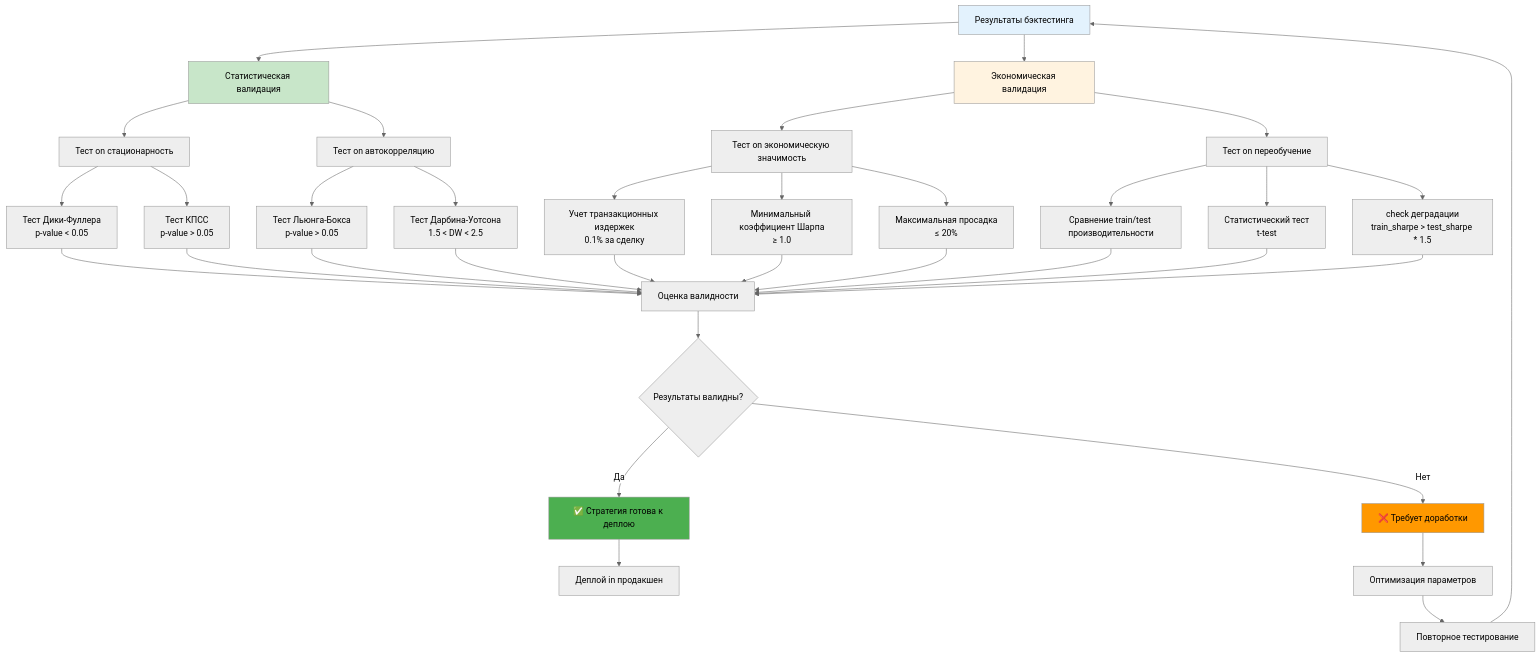
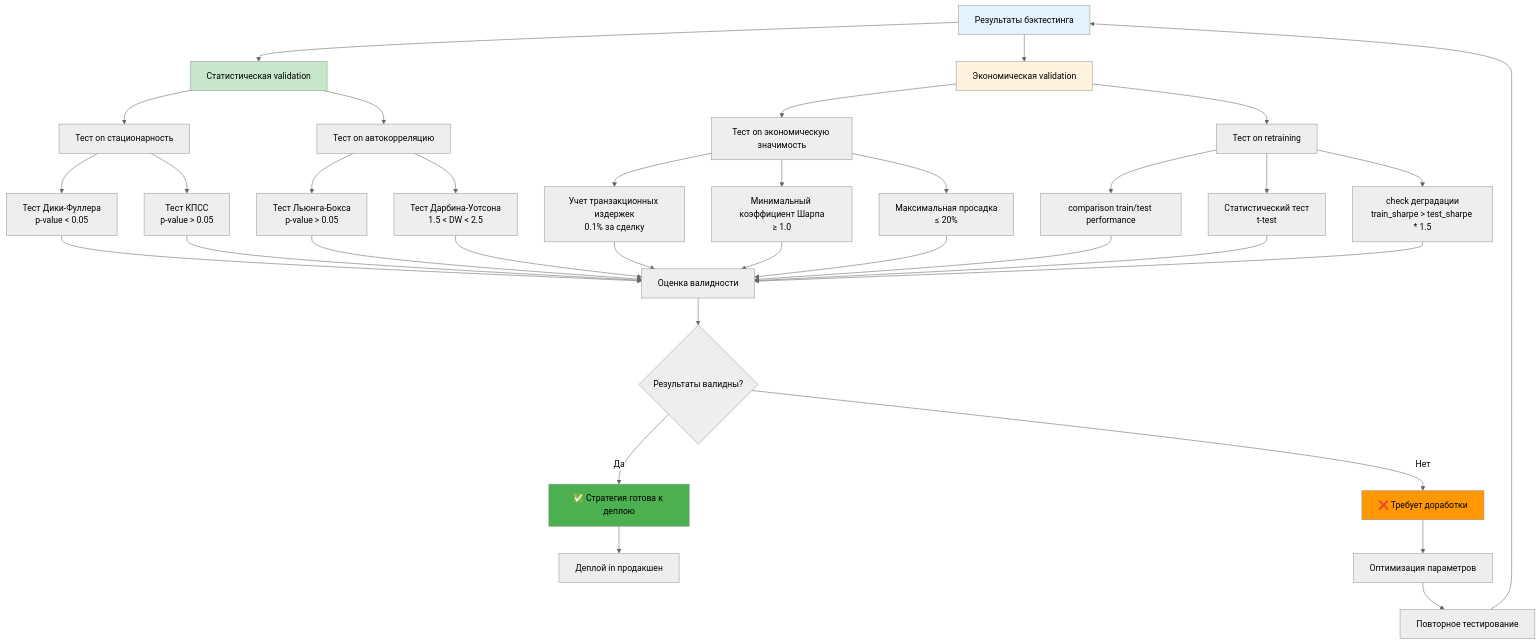
The eighth of 9 diagrams in docs/automl/gluon/29_backtesting_methods.md (NeoZorK/neozork-hld-prediction), drawn with Mermaid (neutral theme) before and after one commit. The commit also changed other lines of this file and 88 other files, not shown here.

Commit message:
refactor: standardize terminology across documentation and code, replacing Russian terms with English equivalents (validation, performance) for consistency and clarity

````diff
--- a/docs/automl/gluon/29_backtesting_methods.md
+++ b/docs/automl/gluon/29_backtesting_methods.md
@@ -3224,49 +3224,49 @@
 ```mermaid
 graph TD
-A[Результаты бэктестинга] --> B[Статистическая валидация]
-A --> C[Экономическая валидация]
+A[Результаты бэктестинга] --> B[Статистическая validation]
+A --> C[Экономическая validation]
 
 B --> B1[Тест on стационарность]
 B1 --> B11[Тест Дики-Фуллера<br/>p-value < 0.05]
 B1 --> B12[Тест КПСС<br/>p-value > 0.05]
 
 B --> B2[Тест on автокорреляцию]
 B2 --> B21[Тест Льюнга-Бокса<br/>p-value > 0.05]
 B2 --> B22[Тест Дарбина-Уотсона<br/>1.5 < DW < 2.5]
 
 C --> C1[Тест on экономическую значимость]
 C1 --> C11[Учет транзакционных издержек<br/>0.1% за сделку]
 C1 --> C12[Минимальный коэффициент Шарпа<br/>≥ 1.0]
 C1 --> C13[Максимальная просадка<br/>≤ 20%]
 
-C --> C2[Тест on переобучение]
-C2 --> C21[Сравнение train/test производительности]
+C --> C2[Тест on retraining]
+C2 --> C21[comparison train/test performance]
 C2 --> C22[Статистический тест<br/>t-test]
 C2 --> C23[check деградации<br/>train_sharpe > test_sharpe * 1.5]
 
 B11 --> D[Оценка валидности]
  B12 --> D
  B21 --> D
  B22 --> D
  C11 --> D
  C12 --> D
  C13 --> D
  C21 --> D
  C22 --> D
  C23 --> D
 
 D --> E{Результаты валидны?}
 E -->|Да| F[✅ Стратегия готова к деплою]
 E -->|Нет| G[❌ Требует доработки]
 
 F --> H[Деплой in продакшен]
 G --> I[Оптимизация параметров]
 I --> J[Повторное тестирование]
  J --> A
 
  style A fill:#e3f2fd
  style B fill:#c8e6c9
  style C fill:#fff3e0
  style F fill:#4caf50
  style G fill:#ff9800
 ```
````
